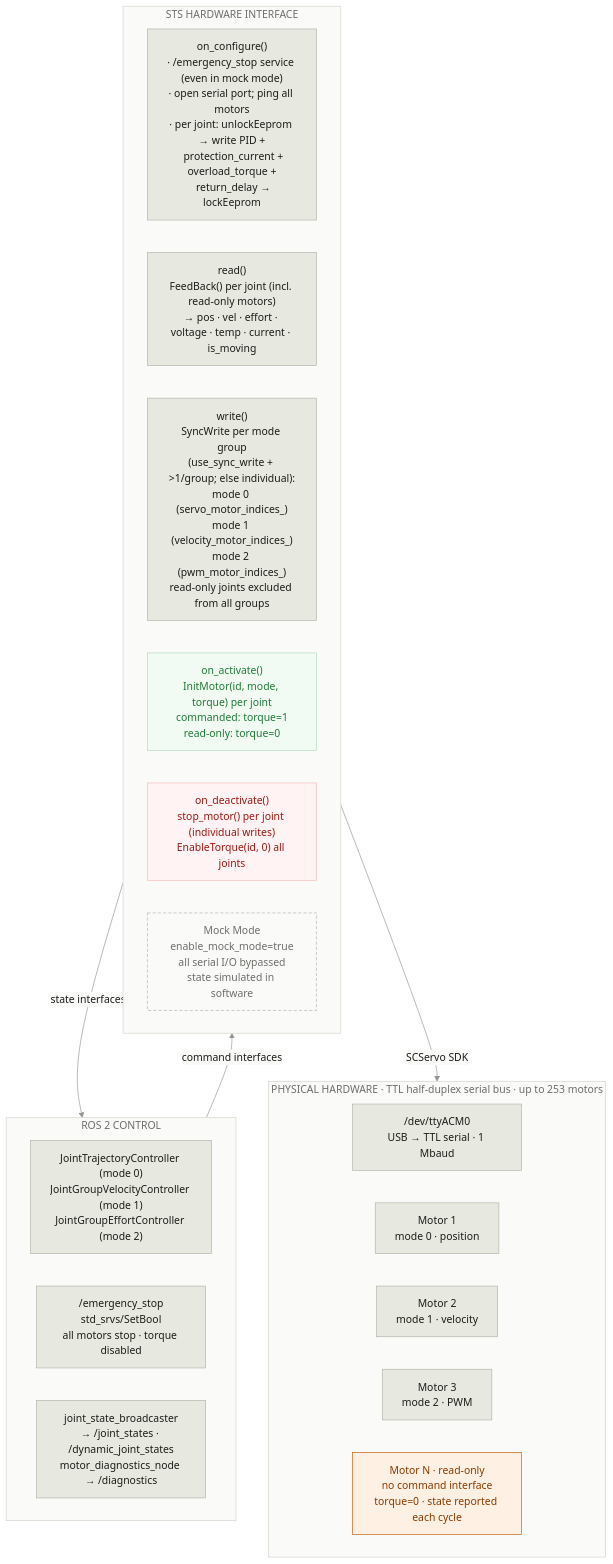
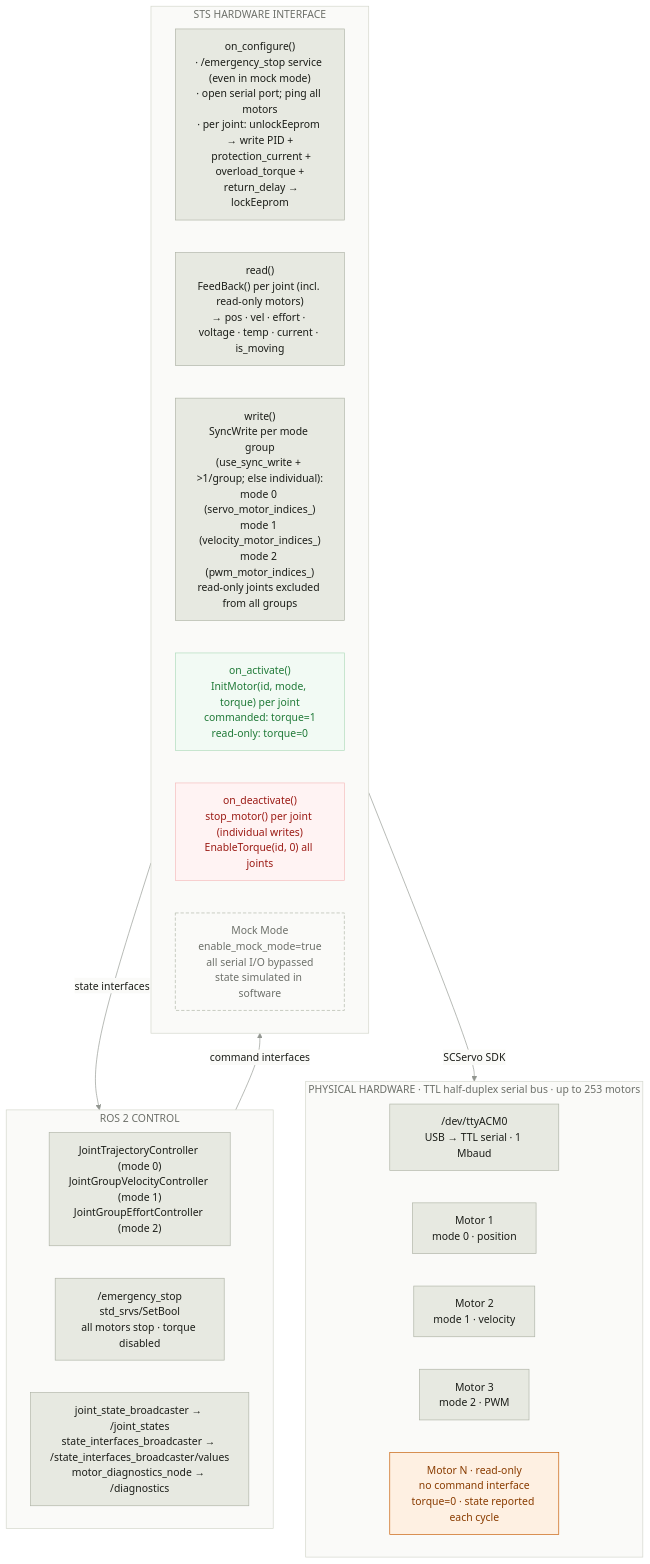
The diagram in docs/assets/mermaid/system_architecture.mmd (adityakamath/sts_hardware_interface), drawn with Mermaid before and after one commit. The commit also changed 21 other files, not shown here.

First line of the commit message:
Read motor diagnostics from state_interfaces_broadcaster on Kilted and Lyrical

```diff
--- a/docs/assets/mermaid/system_architecture.mmd
+++ b/docs/assets/mermaid/system_architecture.mmd
@@ -1,63 +1,63 @@
 %%{init: {
   "theme": "base",
   "themeVariables": {
     "primaryColor":        "#E7E9E1",
     "primaryBorderColor":  "#AEB3A6",
     "primaryTextColor":    "#1B1D18",
     "lineColor":           "#929690",
     "secondaryColor":      "#F2FAF4",
     "secondaryBorderColor":"#AEDABB",
     "secondaryTextColor":  "#207A38",
     "tertiaryColor":       "#FEF0E2",
     "tertiaryBorderColor": "#C65A00",
     "tertiaryTextColor":   "#893C00",
     "background":          "#F1F3EE",
     "mainBkg":             "#FAFAF8",
     "clusterBkg":          "#FAFAF8",
     "clusterBorder":       "#D2D5CA",
     "titleColor":          "#6D706A",
     "edgeLabelBackground": "#FAFAF8",
     "fontFamily":          "ui-monospace, SF Mono, Menlo, Consolas, monospace"
   }
 } }%%
 flowchart TB
 
     classDef default  fill:#E7E9E1,stroke:#AEB3A6,color:#1B1D18
     classDef ok       fill:#F2FAF4,stroke:#AEDABB,color:#207A38
     classDef readonly fill:#FEF0E2,stroke:#C65A00,color:#893C00
     classDef warn     fill:#FFF3F3,stroke:#F5BABA,color:#9B1A14
     classDef dashed   fill:#FAFAF8,stroke:#AEB3A6,color:#6D706A,stroke-dasharray:5 3
 
     subgraph ros2["ROS 2 CONTROL"]
         ctrl["JointTrajectoryController (mode 0)<br/>JointGroupVelocityController (mode 1)<br/>JointGroupEffortController (mode 2)"]
         estop["/emergency_stop<br/>std_srvs/SetBool<br/>all motors stop · torque disabled"]
-        diag["joint_state_broadcaster<br/>→ /joint_states · /dynamic_joint_states<br/>motor_diagnostics_node → /diagnostics"]
+        diag["joint_state_broadcaster → /joint_states<br/>state_interfaces_broadcaster → /state_interfaces_broadcaster/values<br/>motor_diagnostics_node → /diagnostics"]
     end
 
     subgraph hw["STS HARDWARE INTERFACE"]
         cfg["on_configure()<br/>· /emergency_stop service (even in mock mode)<br/>· open serial port; ping all motors<br/>· per joint: unlockEeprom → write PID +<br/>  protection_current + overload_torque +<br/>  return_delay → lockEeprom"]
         rd["read()<br/>FeedBack() per joint (incl. read-only motors)<br/>→ pos · vel · effort · voltage · temp · current · is_moving"]
         wr["write()<br/>SyncWrite per mode group<br/>(use_sync_write + &gt;1/group; else individual):<br/>mode 0 (servo_motor_indices_)<br/>mode 1 (velocity_motor_indices_)<br/>mode 2 (pwm_motor_indices_)<br/>read-only joints excluded from all groups"]
         act["on_activate()<br/>InitMotor(id, mode, torque) per joint<br/>commanded: torque=1<br/>read-only: torque=0"]
         deact["on_deactivate()<br/>stop_motor() per joint (individual writes)<br/>EnableTorque(id, 0) all joints"]
         mock["Mock Mode<br/>enable_mock_mode=true<br/>all serial I/O bypassed<br/>state simulated in software"]
     end
 
     subgraph phys["PHYSICAL HARDWARE  ·  TTL half-duplex serial bus  ·  up to 253 motors"]
         ser["/dev/ttyACM0<br/>USB → TTL serial · 1 Mbaud"]
         m1["Motor 1<br/>mode 0 · position"]
         m2["Motor 2<br/>mode 1 · velocity"]
         m3["Motor 3<br/>mode 2 · PWM"]
         mn["Motor N · read-only<br/>no command interface<br/>torque=0 · state reported each cycle"]
     end
 
     ros2 -- "command interfaces" --> hw
     hw  -- "state interfaces"    --> ros2
     hw  -- "SCServo SDK"         --> phys
 
     class ctrl,estop,cfg,rd,wr,ser,m1,m2,m3 default
     class diag default
     class act ok
     class mn readonly
     class deact warn
     class mock dashed
```
